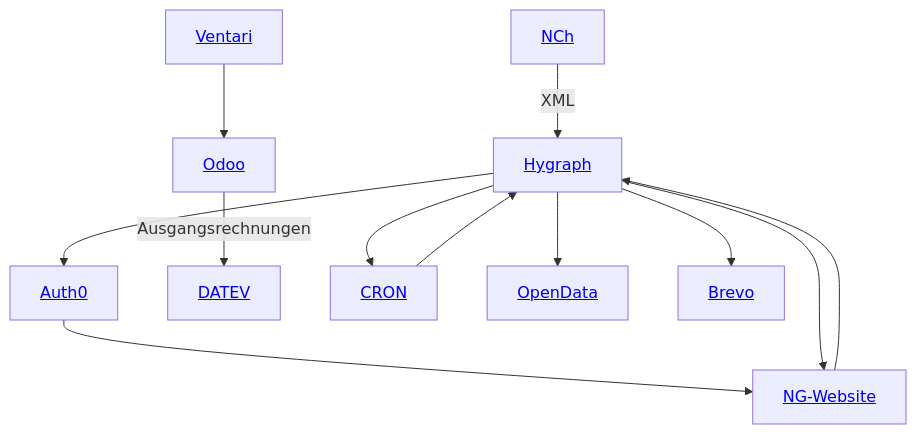
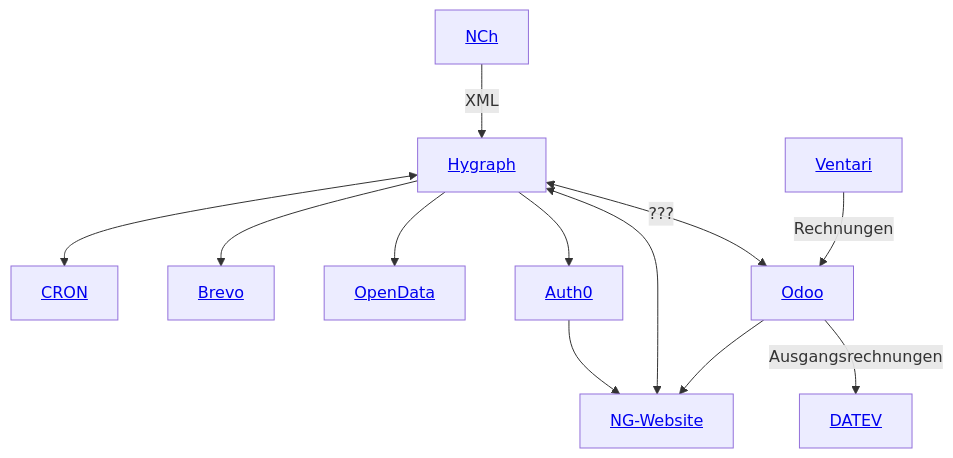
The diagram in infrastructure-future.md (GDCh-de/docs), drawn with Mermaid before and after one commit.

````diff
--- a/infrastructure-future.md
+++ b/infrastructure-future.md
@@ -3,9 +3,13 @@
 ```mermaid
 graph TD;
-  Hygraph[<a href='/GDCh-de/docs/blob/main/hygraph.md'>Hygraph</a>] --> Auth0[<a href='/GDCh-de/docs/blob/main/Auth0.md'>Auth0</a>] --> WebsiteNG[<a href='/GDCh-de/docs/blob/main/WebsiteNG.md'>NG-Website</a>] --> Hygraph --> WebsiteNG;
+  Hygraph <--> Cron[<a href='/GDCh-de/docs/blob/main/CRON.md'>CRON</a>];
+  NCh[<a href='/GDCh-de/docs/blob/main/NCh.md'>NCh</a>] --> |XML| Hygraph;
+  Hygraph --> Brevo[<a href='/GDCh-de/docs/blob/main/Brevo.md'>Brevo</a>];
+  Hygraph --> OpenData[<a href='/GDCh-de/docs/blob/main/OpenData.md'>OpenData</a>];
+  Hygraph[<a href='/GDCh-de/docs/blob/main/hygraph.md'>Hygraph</a>] --> Auth0[<a href='/GDCh-de/docs/blob/main/Auth0.md'>Auth0</a>] --> WebsiteNG[<a href='/GDCh-de/docs/blob/main/WebsiteNG.md'>NG-Website</a>];
+  Ventari[<a href='/GDCh-de/docs/blob/main/Ventari.md'>Ventari</a>] --> |Rechnungen| Odoo;
+  Odoo --> WebsiteNG;
   Odoo[<a href='/GDCh-de/docs/blob/main/Odoo.md'>Odoo</a>] --> |Ausgangsrechnungen| DATEV[<a href='/GDCh-de/docs/blob/main/DATEV.md'>DATEV</a>];
-  Ventari[<a href='/GDCh-de/docs/blob/main/Ventari.md'>Ventari</a>] --> Odoo;
-  Hygraph --> Cron[<a href='/GDCh-de/docs/blob/main/CRON.md'>CRON</a>] --> Hygraph;
-  Hygraph --> OpenData[<a href='/GDCh-de/docs/blob/main/OpenData.md'>OpenData</a>]
-  NCh[<a href='/GDCh-de/docs/blob/main/NCh.md'>NCh</a>] --> |XML| Hygraph --> Brevo[<a href='/GDCh-de/docs/blob/main/Brevo.md'>Brevo</a>]
+  Hygraph <--> WebsiteNG;
+  Hygraph <--> | ??? | Odoo;
 ```
````
